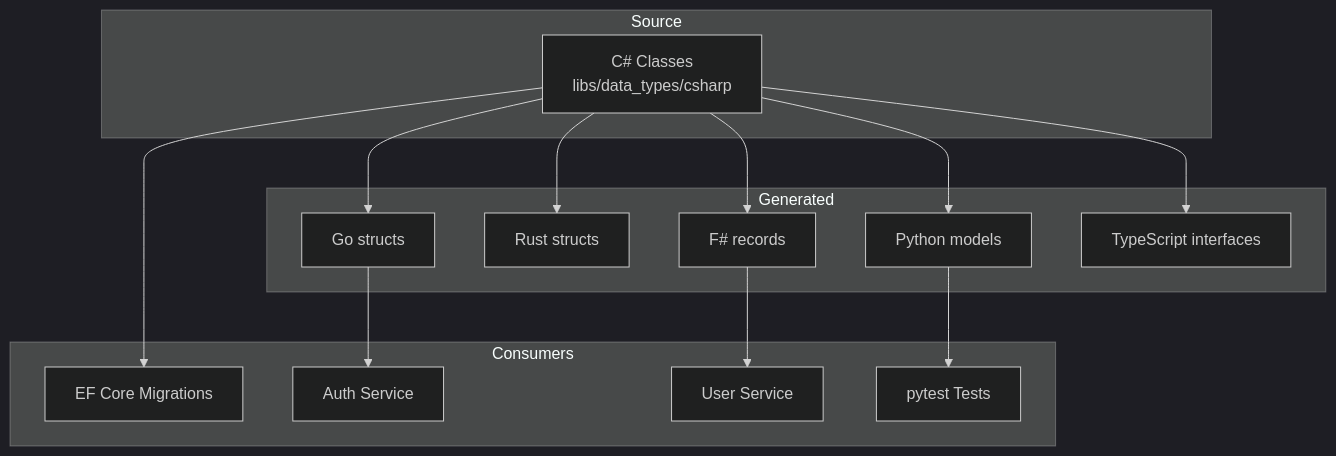
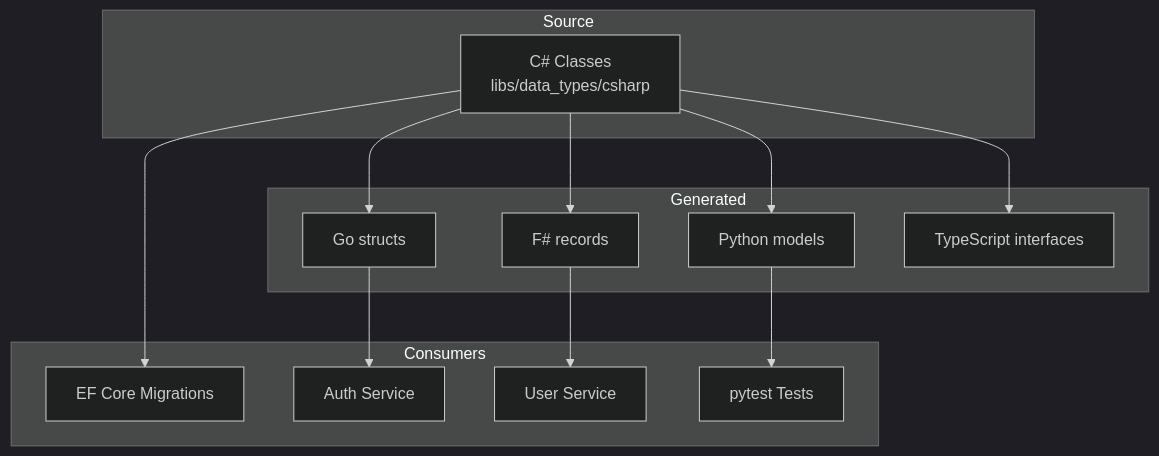
One commit to Nechja/hellArch changed the third of 4 diagrams in docs/architecture/index.md. Above: the diagram before and after it, drawn with Mermaid (dark theme). The commit also changed other lines of this file and 254 other files, not shown here.

````diff
--- a/docs/architecture/index.md
+++ b/docs/architecture/index.md
@@ -100,31 +93,29 @@
 ```mermaid
 graph TB
     subgraph Source
         CS[C# Classes<br/>libs/data_types/csharp]
     end
 
     subgraph Generated
         GO[Go structs]
-        RUST[Rust structs]
         FS[F# records]
         PY[Python models]
         TS[TypeScript interfaces]
     end
 
     subgraph Consumers
         EF[EF Core Migrations]
         AUTH[Auth Service]
         USER[User Service]
         TESTS[pytest Tests]
     end
 
     CS --> GO
-    CS --> RUST
     CS --> FS
     CS --> PY
     CS --> TS
     CS --> EF
     GO --> AUTH
     FS --> USER
     PY --> TESTS
 ```
````
